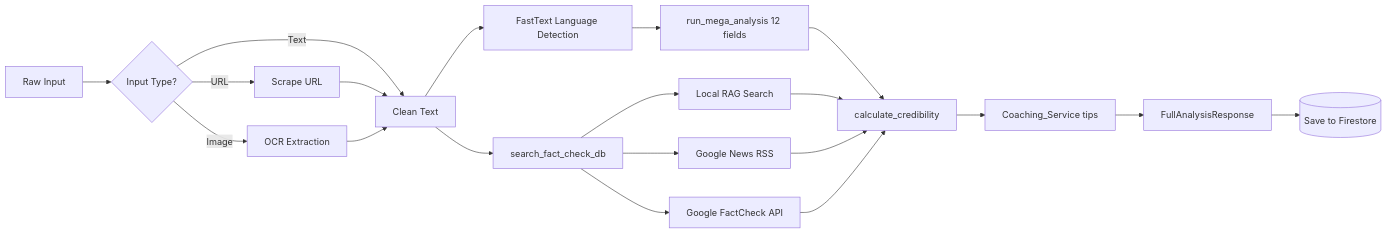
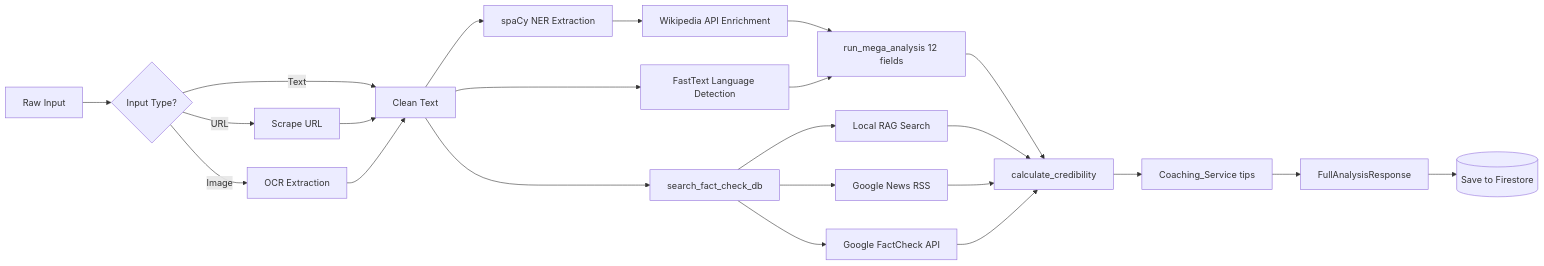
One commit to majd102-p/TruthLens-AI-Credibility-Platform changed the ninth of 10 diagrams in README.MD. Above: the diagram before and after it, drawn with Mermaid. The commit also changed other lines of this file, not shown here.

````diff
--- a/README.MD
+++ b/README.MD
@@ -528,27 +552,32 @@
 ```mermaid
 flowchart LR
     A[Raw Input] --> B{Input Type?}
     B -->|Text| C[Clean Text]
     B -->|URL| D[Scrape URL]
     B -->|Image| E[OCR Extraction]
 
     D --> C
     E --> C
 
     C --> F[FastText Language Detection]
+    
+    C --> NER[spaCy NER Extraction]
+    NER --> WIKI[Wikipedia API Enrichment]
+    WIKI --> G
+    
     F --> G[run_mega_analysis 12 fields]
 
     C --> H[search_fact_check_db]
     H --> H1[Local RAG Search]
     H --> H2[Google News RSS]
     H --> H3[Google FactCheck API]
 
     G --> I[calculate_credibility]
     H1 --> I
     H2 --> I
     H3 --> I
 
     I --> J[Coaching_Service tips]
     J --> K[FullAnalysisResponse]
     K --> L[(Save to Firestore)]
 ```
````
